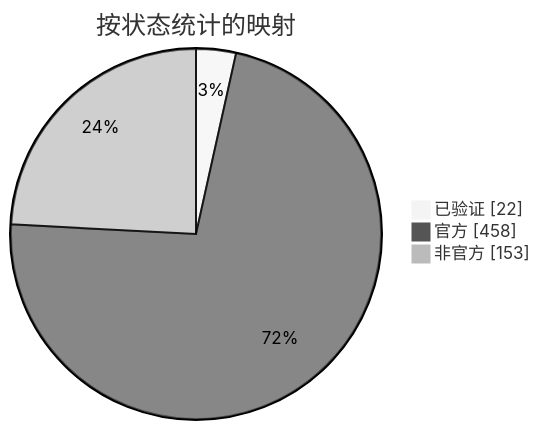
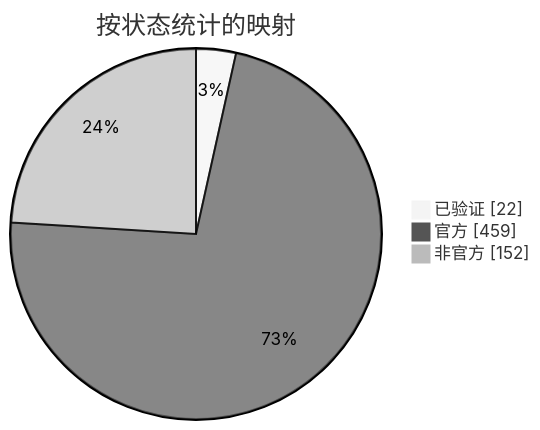
One commit to nobrega8/mbmap-library changed the diagram in docs/readme/README_ZHS.md. Above: the diagram before and after it, drawn with Mermaid (neutral theme). The commit also changed 6 other files, not shown here.

````diff
--- a/docs/readme/README_ZHS.md
+++ b/docs/readme/README_ZHS.md
@@ -54,7 +54,7 @@
 ```mermaid
 pie showData
     title 按状态统计的映射
     "已验证" : 22
-    "官方" : 458
-    "非官方" : 153
+    "官方" : 459
+    "非官方" : 152
 ```
````
